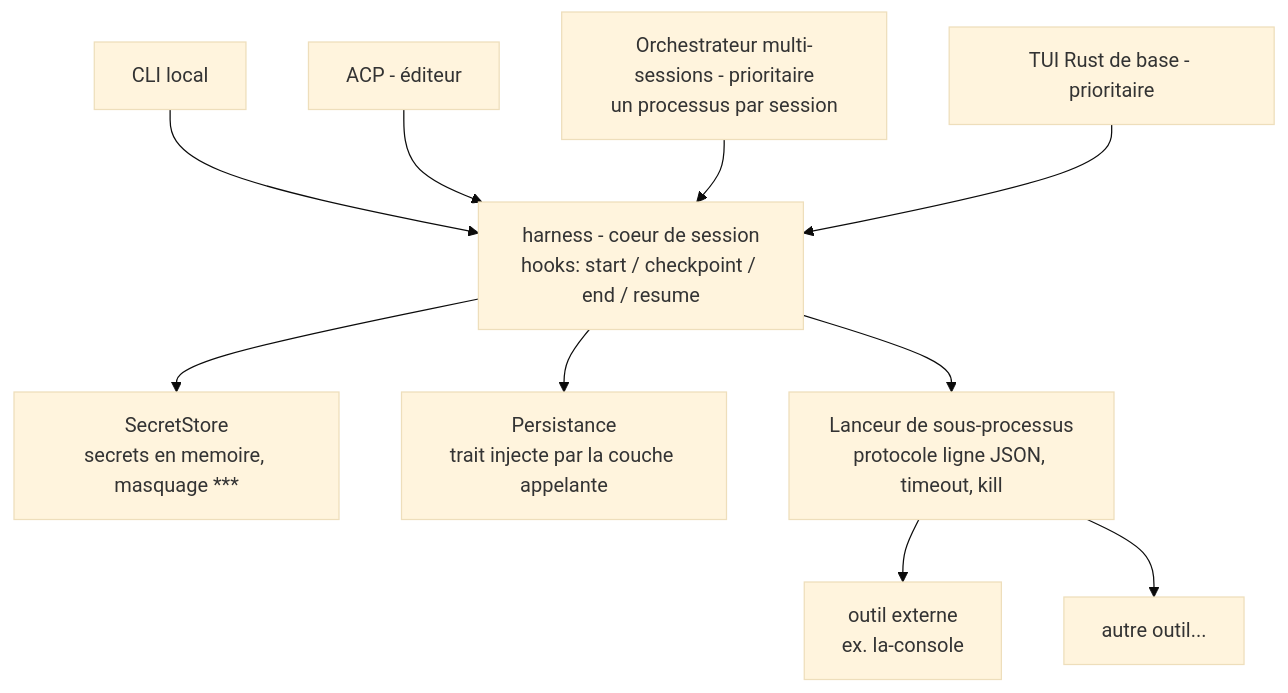
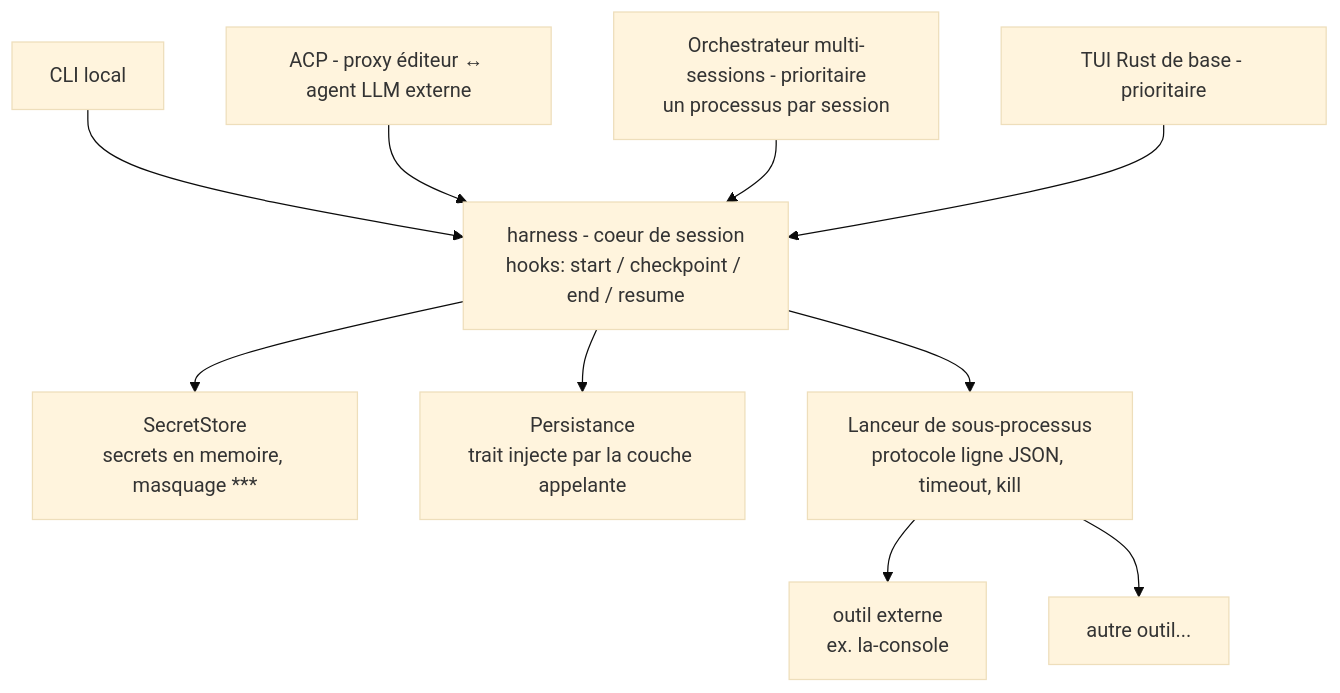
The diagram in spec/architecture.md (clemparpa/LeHarness), drawn with Mermaid (base theme) before and after one commit. The commit also changed other lines of this file and 4 other files, not shown here.

First line of the commit message:
docs: harness = ACP Proxy (not Agent) + two-UI clarification + final sync/async ruling

````diff
--- a/spec/architecture.md
+++ b/spec/architecture.md
@@ -10,12 +29,12 @@
 ```mermaid
 flowchart TD
     T1[CLI local] --> H
-    T2[ACP - éditeur] --> H
+    T2[ACP - proxy éditeur ↔ agent LLM externe] --> H
     T3[Orchestrateur multi-sessions - prioritaire<br/>un processus par session] --> H
     T4[TUI Rust de base - prioritaire] --> H
     H[harness - coeur de session<br/>hooks: start / checkpoint / end / resume] --> S[SecretStore<br/>secrets en memoire, masquage ***]
     H --> P[Persistance<br/>trait injecte par la couche appelante]
     H --> L[Lanceur de sous-processus<br/>protocole ligne JSON, timeout, kill]
     L --> O1[outil externe<br/>ex. la-console]
     L --> O2[autre outil...]
 ```
````
